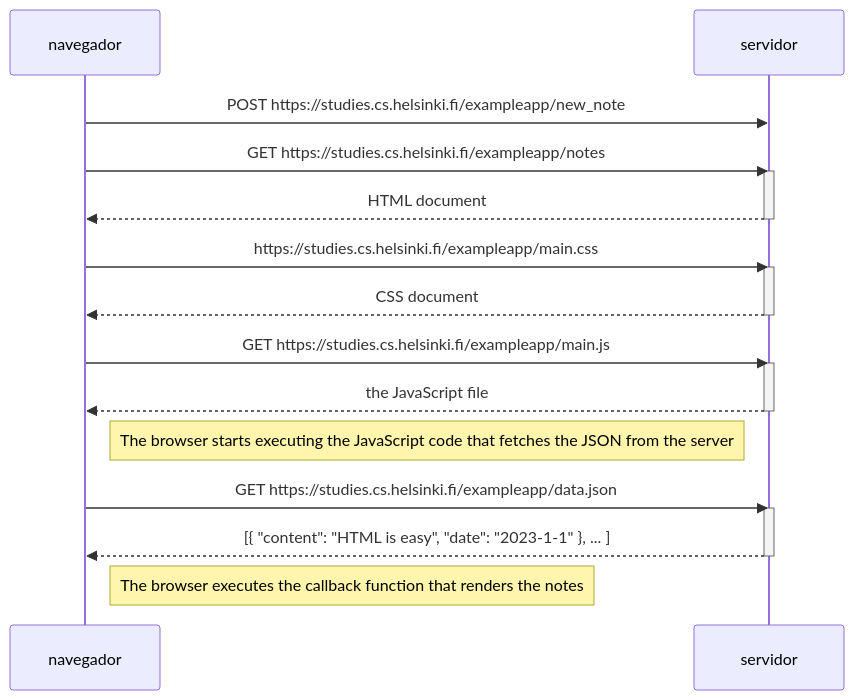
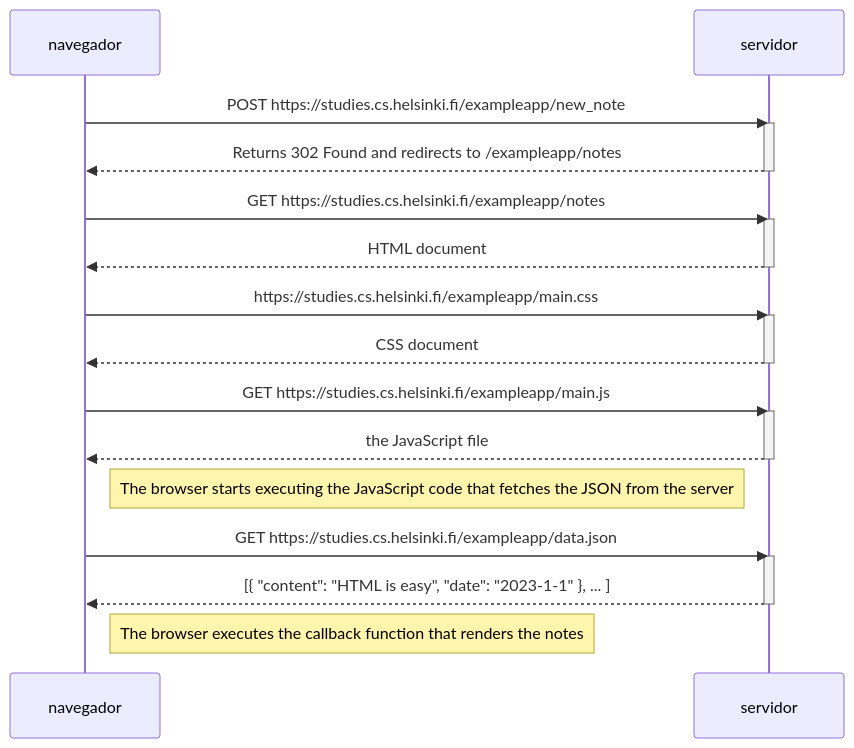
One commit to juancarloscalvo/fullstackopen changed the diagram in part0/exercise-4.MD. Above: the diagram before and after it, drawn with Mermaid.

````diff
--- a/part0/exercise-4.MD
+++ b/part0/exercise-4.MD
@@ -1,31 +1,35 @@
 ```mermaid
 sequenceDiagram
     participant navegador
     participant servidor
 
     navegador->>servidor: POST https://studies.cs.helsinki.fi/exampleapp/new_note
+     activate servidor
+    servidor-->>navegador: Returns 302 Found and redirects to /exampleapp/notes
+    deactivate servidor
+
     navegador->>servidor: GET https://studies.cs.helsinki.fi/exampleapp/notes
     activate servidor
     servidor-->>navegador: HTML document
     deactivate servidor
 
     navegador->>servidor: https://studies.cs.helsinki.fi/exampleapp/main.css
     activate servidor
     servidor-->>navegador: CSS document
     deactivate servidor
 
     navegador->>servidor: GET https://studies.cs.helsinki.fi/exampleapp/main.js
     activate servidor
     servidor-->>navegador: the JavaScript file
     deactivate servidor
 
     Note right of navegador: The browser starts executing the JavaScript code that fetches the JSON from the server
 
     navegador->>servidor: GET https://studies.cs.helsinki.fi/exampleapp/data.json
     activate servidor
     servidor-->>navegador: [{ "content": "HTML is easy", "date": "2023-1-1" }, ... ]
     deactivate servidor
 
     Note right of navegador: The browser executes the callback function that renders the notes
 
 ```
````
